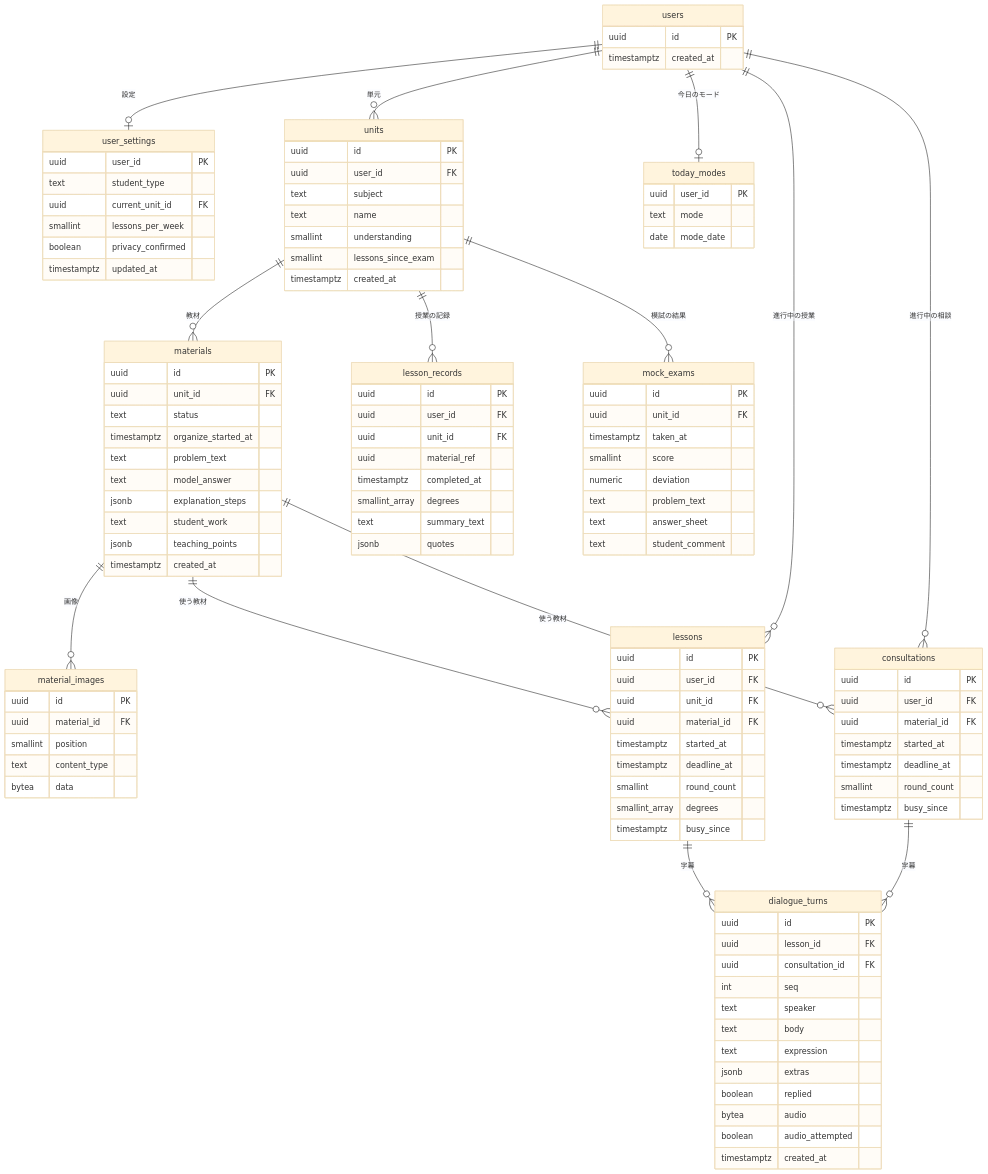
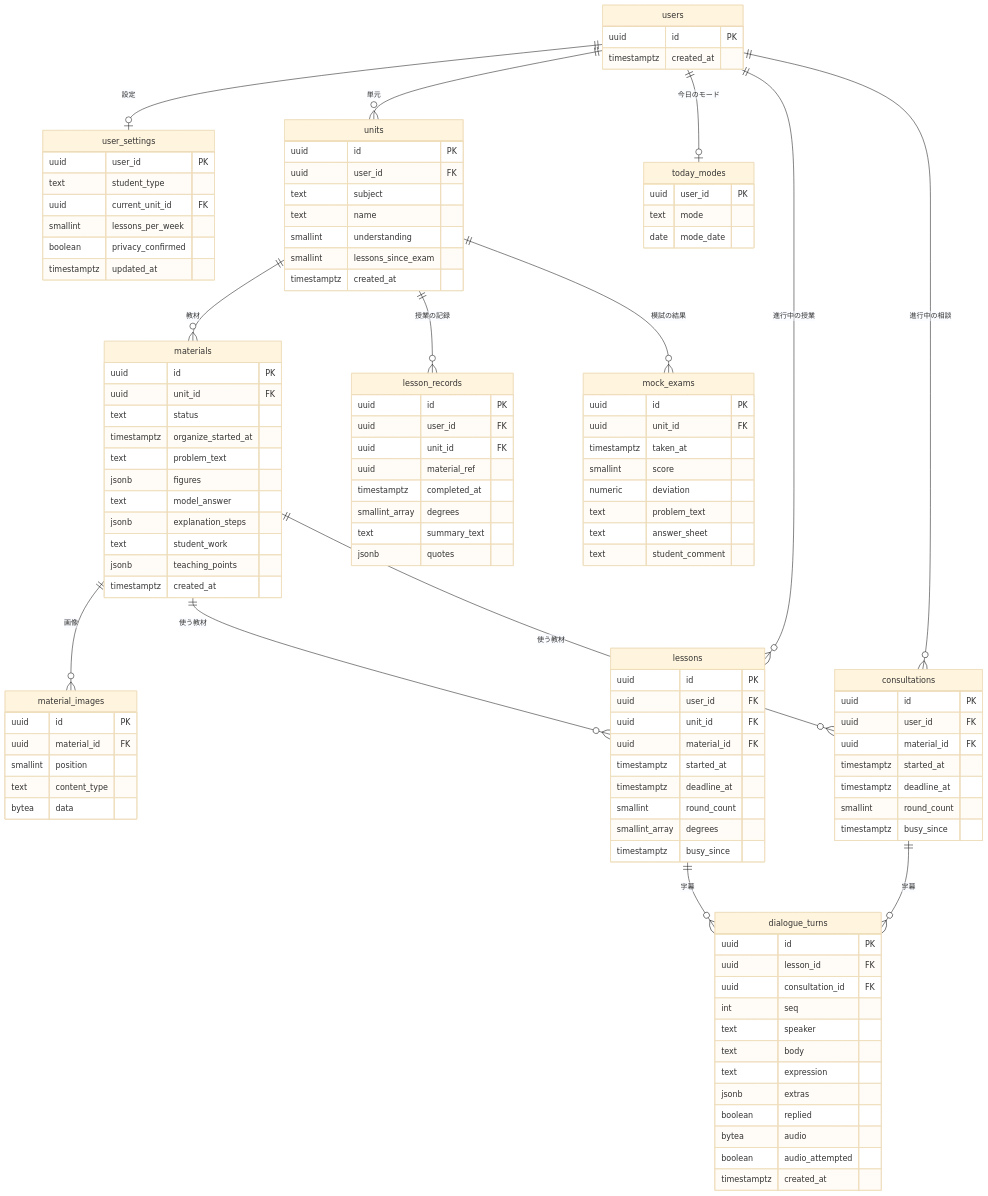
Before and after one commit to kyro-studios/teachme: the fourth of 4 diagrams in docs/features/1-ai-student-lesson/architecture.md, drawn with Mermaid (base theme). The commit also changed other lines of this file and 1 other file, not shown here.

Commit message:
docs: 授業の上限と中断の排他を定め、図表の扱いを矩形の切り出しに改める

```diff
--- a/docs/features/1-ai-student-lesson/architecture.md
+++ b/docs/features/1-ai-student-lesson/architecture.md
@@ -403,6 +415,7 @@
         text status
         timestamptz organize_started_at
         text problem_text
+        jsonb figures
         text model_answer
         jsonb explanation_steps
         text student_work
```
